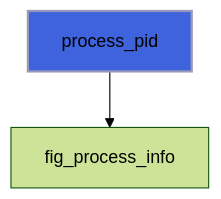
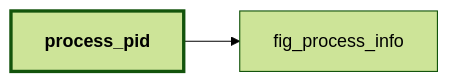
Before and after one commit to szaghi/figure: diagram 15 of 16 in docs/api/src/lib/figure_process.md, drawn with Mermaid (forest theme). The commit also changed other lines of this file and 54 other files, not shown here.

````diff
--- a/docs/api/src/lib/figure_process.md
+++ b/docs/api/src/lib/figure_process.md
@@ -563,5 +628,7 @@
 ```mermaid
-flowchart TD
+flowchart LR
   process_pid["process_pid"] --> fig_process_info["fig_process_info"]
-  style process_pid fill:#3e63dd,stroke:#99b,stroke-width:2px
+  classDef focus stroke-width:3px,font-weight:bold
+  class process_pid focus
+  click fig_process_info href "figure_c_native.html#fig-process-info" "fig_process_info"
 ```
````
